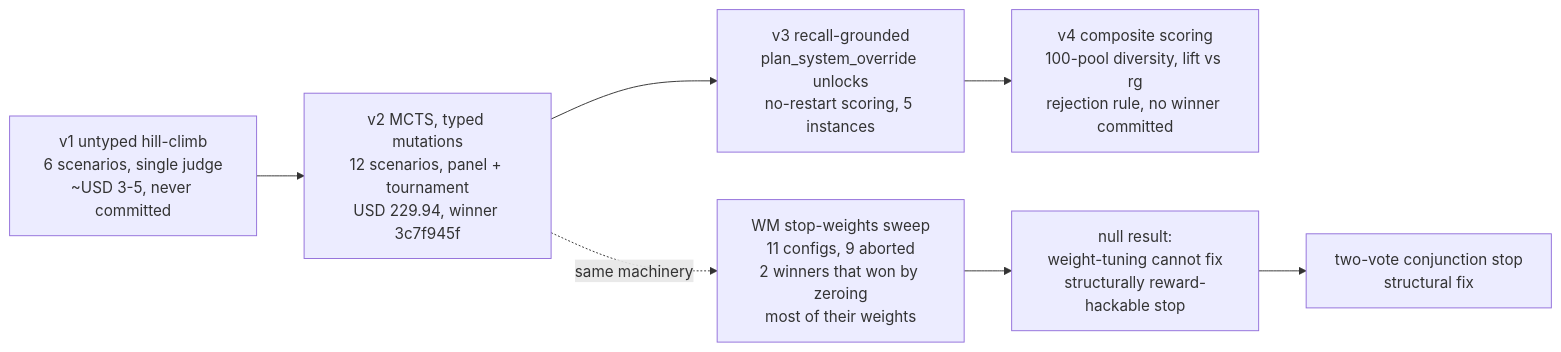
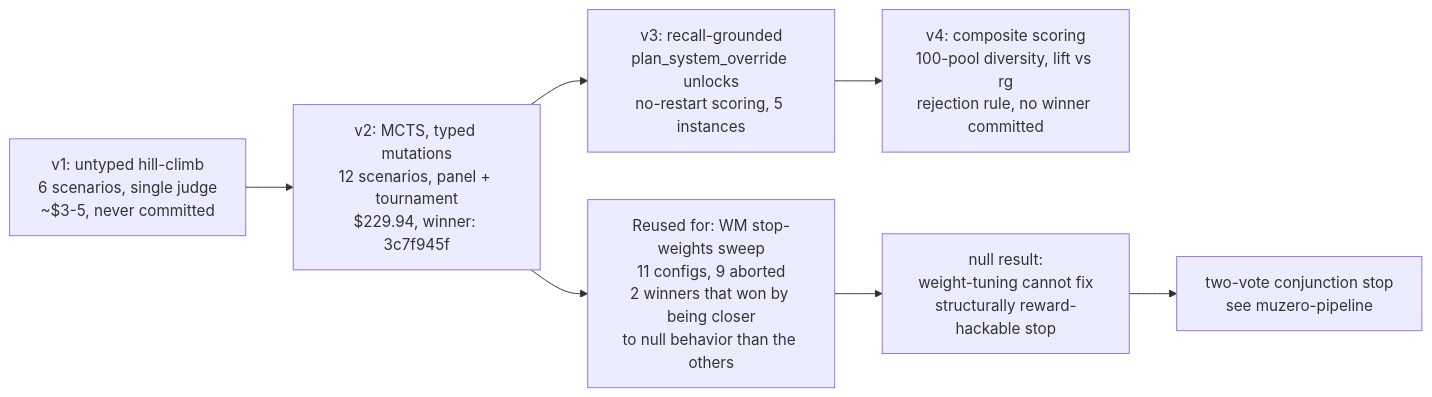
Before and after one commit to samrathchadha/perseusresearch: the diagram in src/content/essays/autoresearch-saga.mdx, drawn with Mermaid. The commit also changed other lines of this file and 31 other files, not shown here.

````diff
--- a/src/content/essays/autoresearch-saga.mdx
+++ b/src/content/essays/autoresearch-saga.mdx
@@ -33,9 +651,10 @@
 ```mermaid
 flowchart LR
-    A[v1 untyped hill-climb\n6 scenarios, single judge\n~USD 3-5, never committed] --> B[v2 MCTS, typed mutations\n12 scenarios, panel + tournament\nUSD 229.94, winner 3c7f945f]
-    B --> C[v3 recall-grounded\nplan_system_override unlocks\nno-restart scoring, 5 instances]
-    C --> D[v4 composite scoring\n100-pool diversity, lift vs rg\nrejection rule, no winner committed]
-    B -. same machinery .-> E[WM stop-weights sweep\n11 configs, 9 aborted\n2 winners that won by zeroing\nmost of their weights]
-    E --> F[null result:\nweight-tuning cannot fix\nstructurally reward-hackable stop]
-    F --> G[two-vote conjunction stop\nstructural fix]
+    A[v1: untyped hill-climb<br/>6 scenarios, single judge<br/>~$3-5, never committed] --> B[v2: MCTS, typed mutations<br/>12 scenarios, panel + tournament<br/>$229.94, winner: 3c7f945f]
+    B --> C[v3: recall-grounded<br/>plan_system_override unlocks<br/>no-restart scoring, 5 instances]
+    C --> D[v4: composite scoring<br/>100-pool diversity, lift vs rg<br/>rejection rule, no winner committed]
+
+    B --> E[Reused for: WM stop-weights sweep<br/>11 configs, 9 aborted<br/>2 winners that won by being closer<br/>to null behavior than the others]
+    E --> F[null result:<br/>weight-tuning cannot fix<br/>structurally reward-hackable stop]
+    F --> G[two-vote conjunction stop<br/>see muzero-pipeline]
 ```
````
